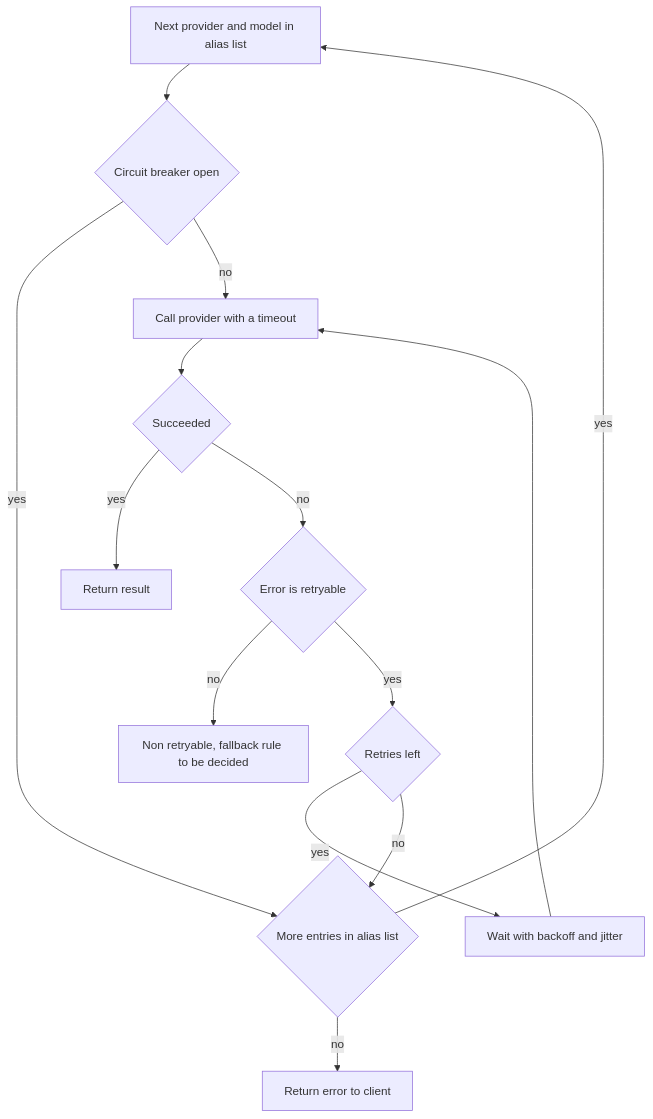
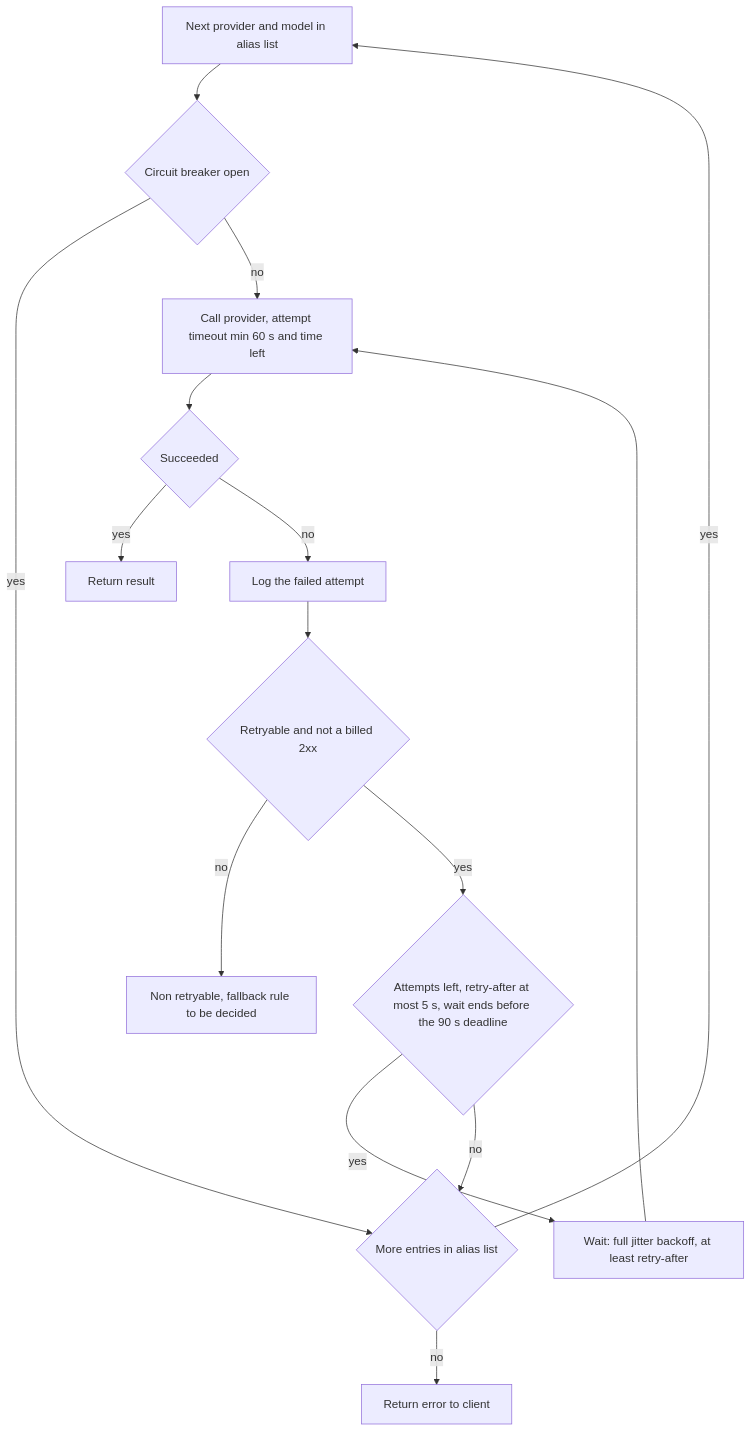
The third of 5 diagrams in FLOW.md (Jasmeet-011/LLMGateway), drawn with Mermaid before and after one commit. The commit also changed other lines of this file and 3 other files, not shown here.

First line of the commit message:
docs: M9 spec, retries and attempt logging (D-050 to D-054)

````diff
--- a/FLOW.md
+++ b/FLOW.md
@@ -83,16 +83,17 @@
 ```mermaid
 flowchart TD
     A[Next provider and model in alias list] --> B{Circuit breaker open}
     B -->|yes| N
-    B -->|no| C[Call provider with a timeout]
+    B -->|no| C[Call provider, attempt timeout min 60 s and time left]
     C --> D{Succeeded}
     D -->|yes| OK[Return result]
-    D -->|no| E{Error is retryable}
+    D -->|no| L[Log the failed attempt]
+    L --> E{Retryable and not a billed 2xx}
     E -->|no| X[Non retryable, fallback rule to be decided]
-    E -->|yes| F{Retries left}
-    F -->|yes| G[Wait with backoff and jitter]
+    E -->|yes| F{Attempts left, retry-after at most 5 s, wait ends before the 90 s deadline}
+    F -->|yes| G[Wait: full jitter backoff, at least retry-after]
     G --> C
     F -->|no| N{More entries in alias list}
     N -->|yes| A
     N -->|no| FAIL[Return error to client]
 ```
````
